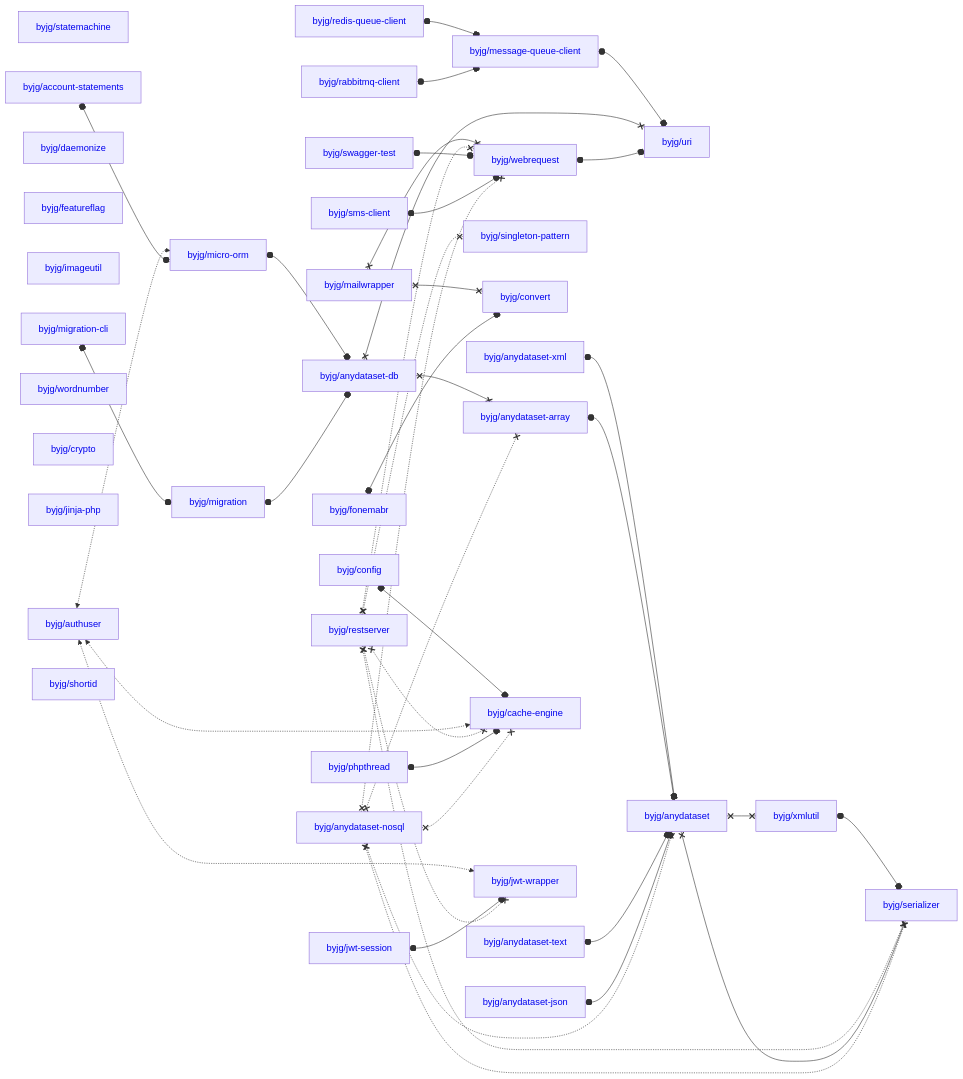
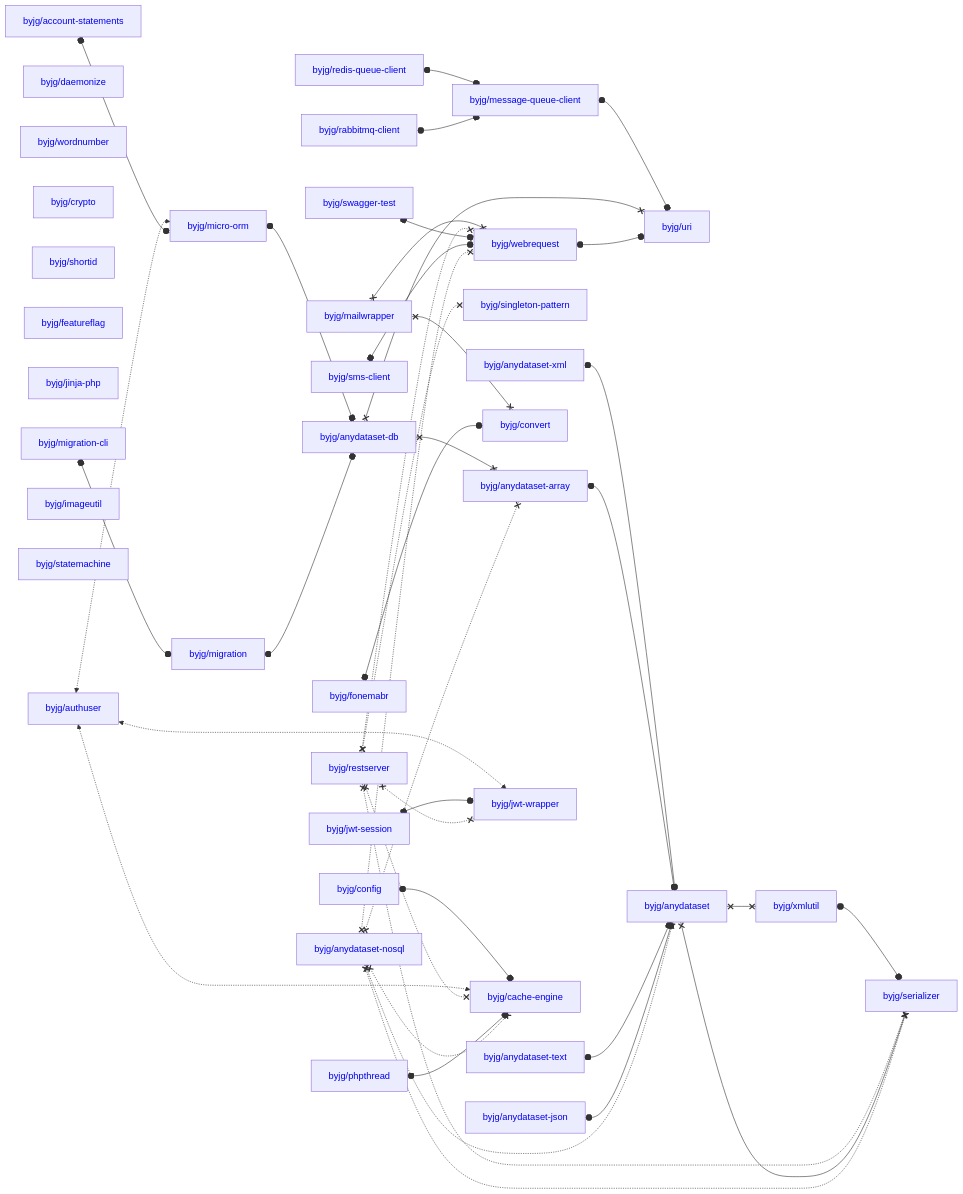
Before and after one commit to byjg/byjg.github.io: the diagram in docs/php/README.md, drawn with Mermaid. The commit also changed other lines of this file, not shown here.

Commit message:
Update documentation 'php' 'php-config'

````diff
--- a/docs/php/README.md
+++ b/docs/php/README.md
@@ -3,80 +3,80 @@
 ```mermaid
 graph LR;
-  byjg/sms-client[<a href='https://opensource.byjg.com/docs/php/sms-client' style='text-decoration:none'>byjg/sms-client</a>];
-  byjg/statemachine[<a href='https://opensource.byjg.com/docs/php/statemachine' style='text-decoration:none'>byjg/statemachine</a>];
-  byjg/account-statements[<a href='https://opensource.byjg.com/docs/php/account-statements' style='text-decoration:none'>byjg/account-statements</a>];
+  byjg/migration-cli[<a href='https://opensource.byjg.com/docs/php/migration-cli' style='text-decoration:none'>byjg/migration-cli</a>];
   byjg/rabbitmq-client[<a href='https://opensource.byjg.com/docs/php/rabbitmq-client' style='text-decoration:none'>byjg/rabbitmq-client</a>];
-  byjg/restserver[<a href='https://opensource.byjg.com/docs/php/restserver' style='text-decoration:none'>byjg/restserver</a>];
-  byjg/phpthread[<a href='https://opensource.byjg.com/docs/php/phpthread' style='text-decoration:none'>byjg/phpthread</a>];
   byjg/daemonize[<a href='https://opensource.byjg.com/docs/php/daemonize' style='text-decoration:none'>byjg/daemonize</a>];
-  byjg/anydataset-xml[<a href='https://opensource.byjg.com/docs/php/anydataset-xml' style='text-decoration:none'>byjg/anydataset-xml</a>];
-  byjg/fonemabr[<a href='https://opensource.byjg.com/docs/php/fonemabr' style='text-decoration:none'>byjg/fonemabr</a>];
-  byjg/mailwrapper[<a href='https://opensource.byjg.com/docs/php/mailwrapper' style='text-decoration:none'>byjg/mailwrapper</a>];
-  byjg/featureflag[<a href='https://opensource.byjg.com/docs/php/featureflag' style='text-decoration:none'>byjg/featureflag</a>];
-  byjg/imageutil[<a href='https://opensource.byjg.com/docs/php/imageutil' style='text-decoration:none'>byjg/imageutil</a>];
-  byjg/migration-cli[<a href='https://opensource.byjg.com/docs/php/migration-cli' style='text-decoration:none'>byjg/migration-cli</a>];
+  byjg/jwt-session[<a href='https://opensource.byjg.com/docs/php/jwt-session' style='text-decoration:none'>byjg/jwt-session</a>];
   byjg/wordnumber[<a href='https://opensource.byjg.com/docs/php/wordnumber' style='text-decoration:none'>byjg/wordnumber</a>];
   byjg/crypto[<a href='https://opensource.byjg.com/docs/php/crypto' style='text-decoration:none'>byjg/crypto</a>];
+  byjg/shortid[<a href='https://opensource.byjg.com/docs/php/shortid' style='text-decoration:none'>byjg/shortid</a>];
+  byjg/restserver[<a href='https://opensource.byjg.com/docs/php/restserver' style='text-decoration:none'>byjg/restserver</a>];
+  byjg/anydataset-json[<a href='https://opensource.byjg.com/docs/php/anydataset-json' style='text-decoration:none'>byjg/anydataset-json</a>];
+  byjg/config[<a href='https://opensource.byjg.com/docs/php/config' style='text-decoration:none'>byjg/config</a>];
+  byjg/anydataset-xml[<a href='https://opensource.byjg.com/docs/php/anydataset-xml' style='text-decoration:none'>byjg/anydataset-xml</a>];
+  byjg/featureflag[<a href='https://opensource.byjg.com/docs/php/featureflag' style='text-decoration:none'>byjg/featureflag</a>];
+  byjg/anydataset-text[<a href='https://opensource.byjg.com/docs/php/anydataset-text' style='text-decoration:none'>byjg/anydataset-text</a>];
   byjg/jinja-php[<a href='https://opensource.byjg.com/docs/php/jinja-php' style='text-decoration:none'>byjg/jinja-php</a>];
-  byjg/config[<a href='https://opensource.byjg.com/docs/php/config' style='text-decoration:none'>byjg/config</a>];
+  byjg/account-statements[<a href='https://opensource.byjg.com/docs/php/account-statements' style='text-decoration:none'>byjg/account-statements</a>];
+  byjg/imageutil[<a href='https://opensource.byjg.com/docs/php/imageutil' style='text-decoration:none'>byjg/imageutil</a>];
+  byjg/redis-queue-client[<a href='https://opensource.byjg.com/docs/php/redis-queue-client' style='text-decoration:none'>byjg/redis-queue-client</a>];
+  byjg/statemachine[<a href='https://opensource.byjg.com/docs/php/statemachine' style='text-decoration:none'>byjg/statemachine</a>];
+  byjg/swagger-test[<a href='https://opensource.byjg.com/docs/php/swagger-test' style='text-decoration:none'>byjg/swagger-test</a>];
+  byjg/mailwrapper[<a href='https://opensource.byjg.com/docs/php/mailwrapper' style='text-decoration:none'>byjg/mailwrapper</a>];
+  byjg/sms-client[<a href='https://opensource.byjg.com/docs/php/sms-client' style='text-decoration:none'>byjg/sms-client</a>];
+  byjg/fonemabr[<a href='https://opensource.byjg.com/docs/php/fonemabr' style='text-decoration:none'>byjg/fonemabr</a>];
   byjg/anydataset-nosql[<a href='https://opensource.byjg.com/docs/php/anydataset-nosql' style='text-decoration:none'>byjg/anydataset-nosql</a>];
-  byjg/swagger-test[<a href='https://opensource.byjg.com/docs/php/swagger-test' style='text-decoration:none'>byjg/swagger-test</a>];
-  byjg/redis-queue-client[<a href='https://opensource.byjg.com/docs/php/redis-queue-client' style='text-decoration:none'>byjg/redis-queue-client</a>];
-  byjg/anydataset-text[<a href='https://opensource.byjg.com/docs/php/anydataset-text' style='text-decoration:none'>byjg/anydataset-text</a>];
-  byjg/anydataset-json[<a href='https://opensource.byjg.com/docs/php/anydataset-json' style='text-decoration:none'>byjg/anydataset-json</a>];
   byjg/authuser[<a href='https://opensource.byjg.com/docs/php/authuser' style='text-decoration:none'>byjg/authuser</a>];
-  byjg/shortid[<a href='https://opensource.byjg.com/docs/php/shortid' style='text-decoration:none'>byjg/shortid</a>];
-  byjg/jwt-session[<a href='https://opensource.byjg.com/docs/php/jwt-session' style='text-decoration:none'>byjg/jwt-session</a>];
+  byjg/phpthread[<a href='https://opensource.byjg.com/docs/php/phpthread' style='text-decoration:none'>byjg/phpthread</a>];
+  byjg/migration[<a href='https://opensource.byjg.com/docs/php/migration' style='text-decoration:none'>byjg/migration</a>];
   byjg/singleton-pattern[<a href='https://opensource.byjg.com/docs/php/singleton-pattern' style='text-decoration:none'>byjg/singleton-pattern</a>];
+  byjg/message-queue-client[<a href='https://opensource.byjg.com/docs/php/message-queue-client' style='text-decoration:none'>byjg/message-queue-client</a>];
   byjg/convert[<a href='https://opensource.byjg.com/docs/php/convert' style='text-decoration:none'>byjg/convert</a>];
-  byjg/migration[<a href='https://opensource.byjg.com/docs/php/migration' style='text-decoration:none'>byjg/migration</a>];
   byjg/webrequest[<a href='https://opensource.byjg.com/docs/php/webrequest' style='text-decoration:none'>byjg/webrequest</a>];
-  byjg/message-queue-client[<a href='https://opensource.byjg.com/docs/php/message-queue-client' style='text-decoration:none'>byjg/message-queue-client</a>];
   byjg/micro-orm[<a href='https://opensource.byjg.com/docs/php/micro-orm' style='text-decoration:none'>byjg/micro-orm</a>];
+  byjg/jwt-wrapper[<a href='https://opensource.byjg.com/docs/php/jwt-wrapper' style='text-decoration:none'>byjg/jwt-wrapper</a>];
   byjg/cache-engine[<a href='https://opensource.byjg.com/docs/php/cache-engine' style='text-decoration:none'>byjg/cache-engine</a>];
-  byjg/jwt-wrapper[<a href='https://opensource.byjg.com/docs/php/jwt-wrapper' style='text-decoration:none'>byjg/jwt-wrapper</a>];
   byjg/anydataset-db[<a href='https://opensource.byjg.com/docs/php/anydataset-db' style='text-decoration:none'>byjg/anydataset-db</a>];
   byjg/anydataset-array[<a href='https://opensource.byjg.com/docs/php/anydataset-array' style='text-decoration:none'>byjg/anydataset-array</a>];
   byjg/uri[<a href='https://opensource.byjg.com/docs/php/uri' style='text-decoration:none'>byjg/uri</a>];
   byjg/anydataset[<a href='https://opensource.byjg.com/docs/php/anydataset' style='text-decoration:none'>byjg/anydataset</a>];
   byjg/xmlutil[<a href='https://opensource.byjg.com/docs/php/xmlutil' style='text-decoration:none'>byjg/xmlutil</a>];
   byjg/serializer[<a href='https://opensource.byjg.com/docs/php/serializer' style='text-decoration:none'>byjg/serializer</a>];
   byjg/anydataset-xml o--o byjg/anydataset;
   byjg/config o--o byjg/cache-engine;
   byjg/authuser <-.-> byjg/micro-orm;
   byjg/authuser <-.-> byjg/cache-engine;
   byjg/authuser <-.-> byjg/jwt-wrapper;
   byjg/jwt-session o--o byjg/jwt-wrapper;
   byjg/redis-queue-client o--o byjg/message-queue-client;
   byjg/xmlutil o--o byjg/serializer;
   byjg/anydataset-array o--o byjg/anydataset;
   byjg/anydataset-text o--o byjg/anydataset;
   byjg/mailwrapper x--x byjg/convert;
   byjg/mailwrapper x--x byjg/webrequest;
   byjg/restserver x-.-x byjg/serializer;
   byjg/restserver x-.-x byjg/singleton-pattern;
   byjg/restserver x-.-x byjg/cache-engine;
   byjg/restserver x-.-x byjg/webrequest;
   byjg/restserver x-.-x byjg/jwt-wrapper;
   byjg/anydataset x--x byjg/serializer;
   byjg/anydataset x--x byjg/xmlutil;
   byjg/micro-orm o--o byjg/anydataset-db;
   byjg/phpthread o--o byjg/cache-engine;
   byjg/anydataset-json o--o byjg/anydataset;
   byjg/swagger-test o--o byjg/webrequest;
   byjg/fonemabr o--o byjg/convert;
   byjg/account-statements o--o byjg/micro-orm;
   byjg/sms-client o--o byjg/webrequest;
   byjg/migration-cli o--o byjg/migration;
   byjg/message-queue-client o--o byjg/uri;
   byjg/anydataset-db x--x byjg/anydataset-array;
   byjg/anydataset-db x--x byjg/uri;
   byjg/webrequest o--o byjg/uri;
   byjg/migration o--o byjg/anydataset-db;
   byjg/rabbitmq-client o--o byjg/message-queue-client;
   byjg/anydataset-nosql x-.-x byjg/anydataset;
   byjg/anydataset-nosql x-.-x byjg/anydataset-array;
   byjg/anydataset-nosql x-.-x byjg/serializer;
   byjg/anydataset-nosql x-.-x byjg/webrequest;
   byjg/anydataset-nosql x-.-x byjg/cache-engine;
 ```
````
